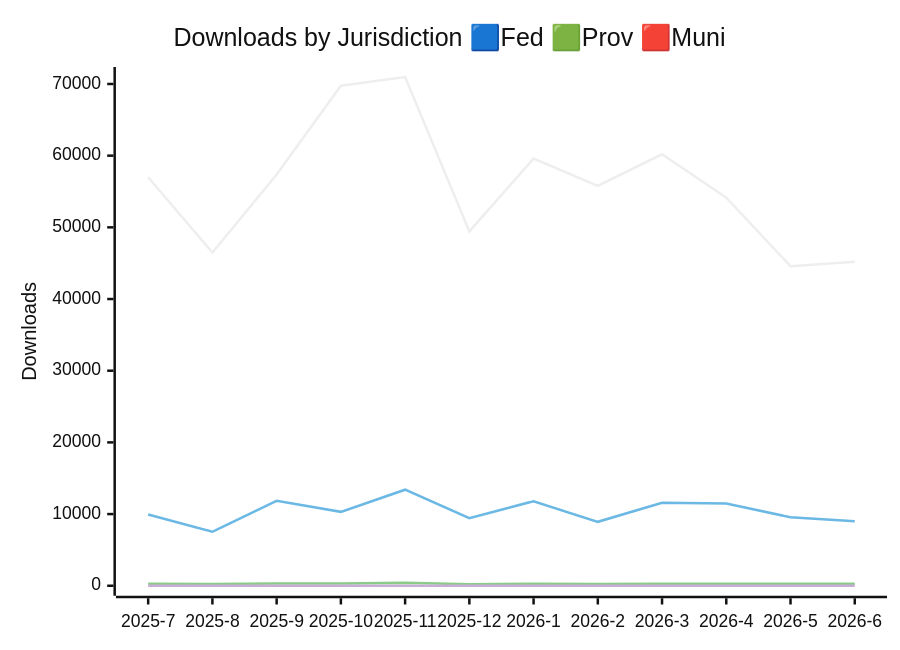
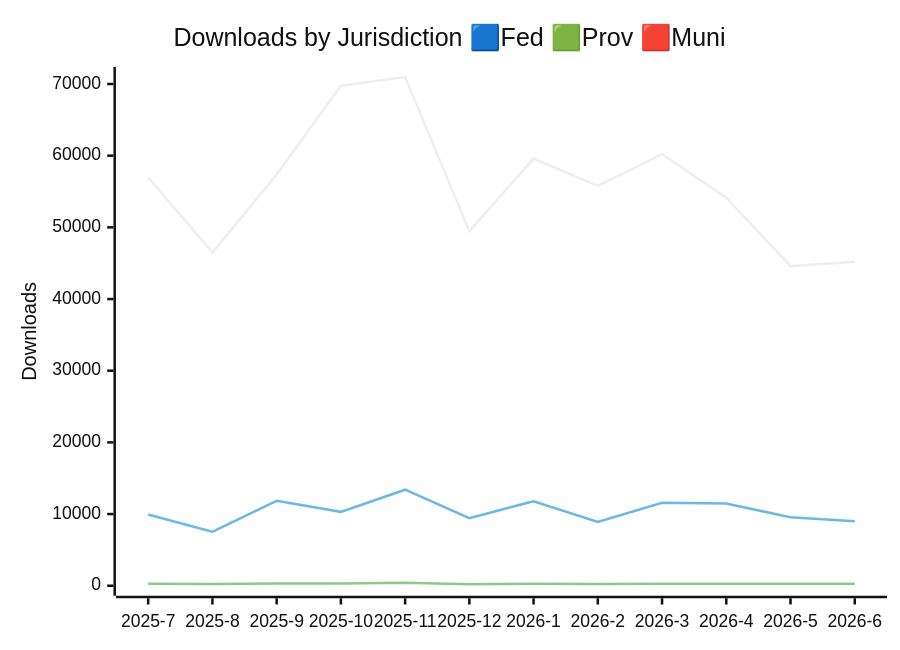
Before and after one commit to open-data/analytics-corporate-reporting: the first of 3 diagrams in JURISDICTION_ANALYTICS_REPORT/readme.md, drawn with Mermaid (neutral theme). The commit also changed other lines of this file and 2 other files, not shown here.

````diff
--- a/JURISDICTION_ANALYTICS_REPORT/readme.md
+++ b/JURISDICTION_ANALYTICS_REPORT/readme.md
@@ -13,11 +13,10 @@
 ```mermaid
 
 xychart-beta
     title "Downloads by Jurisdiction 🟦Fed 🟩Prov 🟥Muni"
     x-axis [2025-7, 2025-8, 2025-9, 2025-10, 2025-11, 2025-12, 2026-1, 2026-2, 2026-3, 2026-4, 2026-5, 2026-6]
-    y-axis "Downloads" 0 --> 70973
-    line [56990, 46491, 57367, 69755, 70963, 49438, 59586, 55787, 60188, 54139, 44585, 45188]
+    y-axis "Downloads" 0 --> 70975
+    line [56990, 46491, 57367, 69758, 70965, 49455, 59592, 55789, 60200, 54140, 44591, 45189]
     line [9937, 7528, 11856, 10310, 13400, 9426, 11794, 8918, 11563, 11460, 9556, 9012]
     line [279, 234, 305, 313, 420, 224, 270, 228, 269, 267, 286, 274]
-    line [0, 0, 0, 3, 2, 17, 6, 2, 12, 1, 6, 1]
 ```
````
